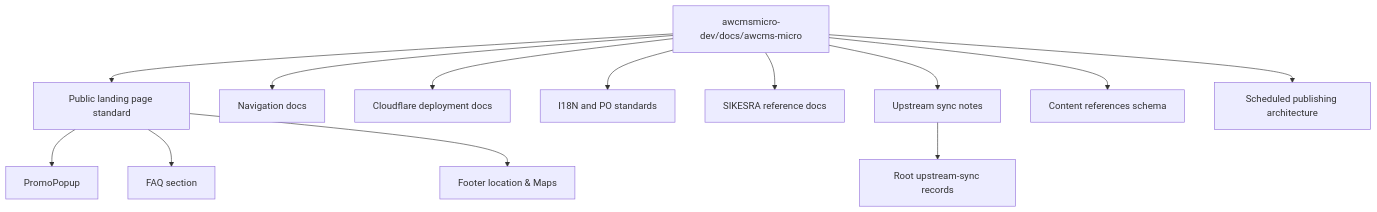
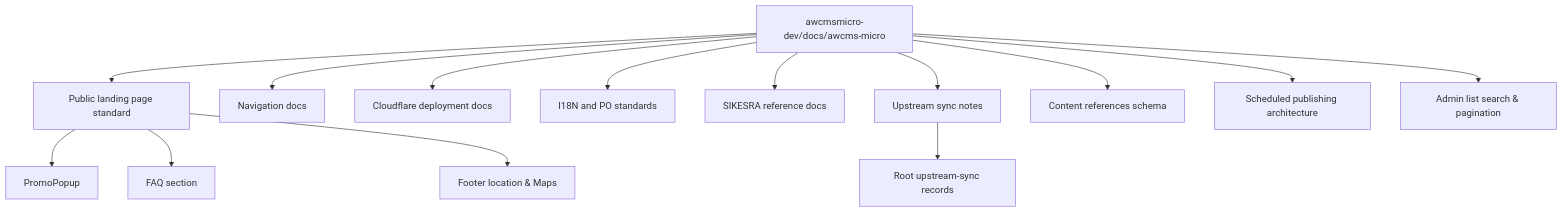
Before and after one commit to ahliweb/awcms-micro: the diagram in awcmsmicro-dev/docs/awcms-micro/README.md, drawn with Mermaid. The commit also changed other lines of this file and 16 other files, not shown here.

Commit message:
feat: add client-side search to plugin admin lists and cursor-based pagination to form submissions

````diff
--- a/awcmsmicro-dev/docs/awcms-micro/README.md
+++ b/awcmsmicro-dev/docs/awcms-micro/README.md
@@ -7,15 +7,16 @@
 ```mermaid
 flowchart TD
   Boundary[awcmsmicro-dev/docs/awcms-micro] --> LandingPage[Public landing page standard]
   Boundary --> Navigation[Navigation docs]
   Boundary --> Deployment[Cloudflare deployment docs]
   Boundary --> I18N[I18N and PO standards]
   Boundary --> Sikesra[SIKESRA reference docs]
   Boundary --> Sync[Upstream sync notes]
   Boundary --> ContentRefs[Content references schema]
   Boundary --> ScheduledPub[Scheduled publishing architecture]
+  Boundary --> AdminListUX[Admin list search & pagination]
   Sync --> RootSync[Root upstream-sync records]
   LandingPage --> Promo[PromoPopup]
   LandingPage --> FAQ[FAQ section]
   LandingPage --> Location[Footer location & Maps]
 ```
````
